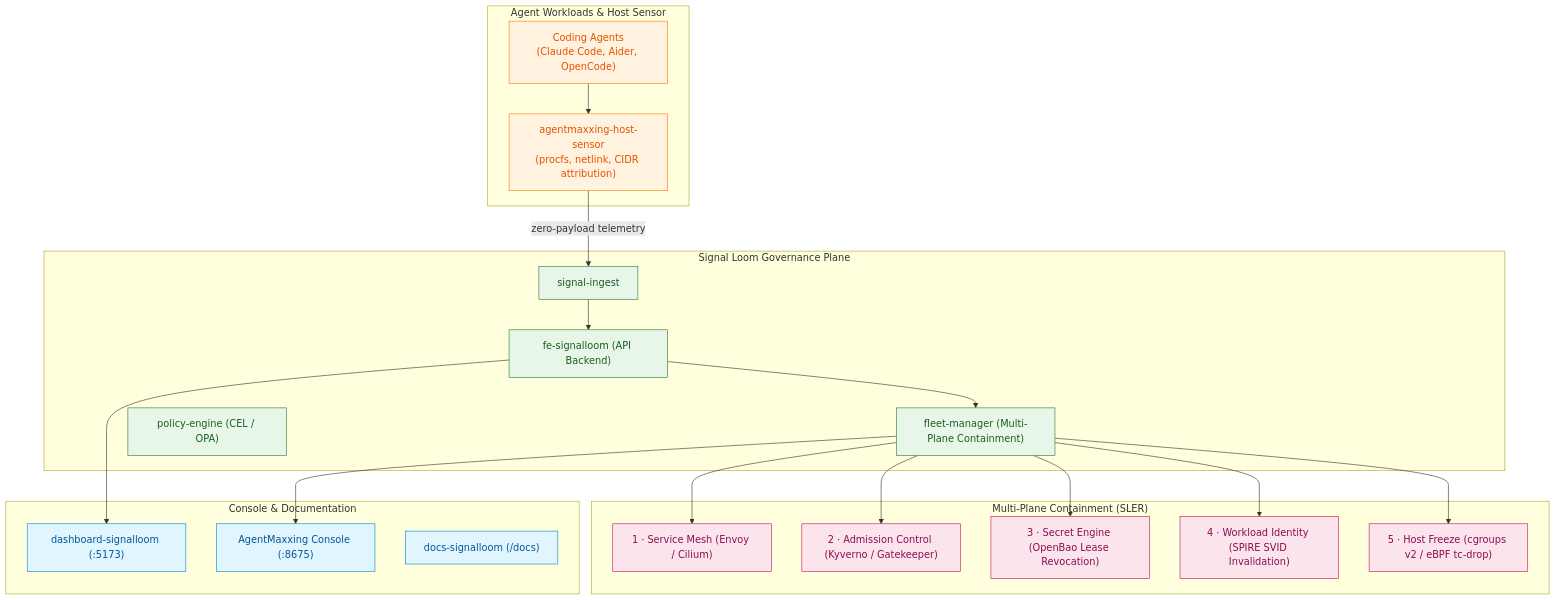
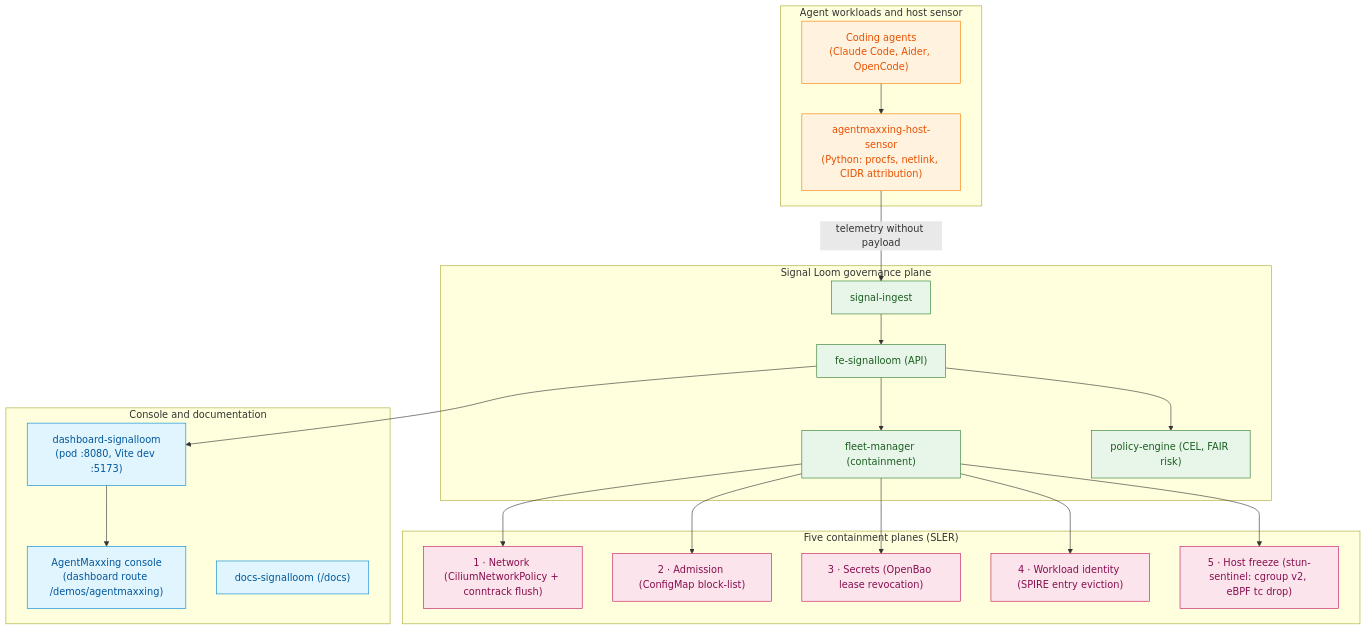
Before and after one commit to sublimino/architecture-as-code: the second of 2 diagrams in README.md, drawn with Mermaid. The commit also changed other lines of this file and 3 other files, not shown here.

````diff
--- a/README.md
+++ b/README.md
@@ -108,49 +119,50 @@
 ```mermaid
 flowchart TB
-  subgraph AGENTS["Agent Workloads & Host Sensor"]
-    CLAUDE["Coding Agents<br/>(Claude Code, Aider, OpenCode)"]
-    SENSOR["agentmaxxing-host-sensor<br/>(procfs, netlink, CIDR attribution)"]
-    CLAUDE --> SENSOR
+  subgraph AGENTS["Agent workloads and host sensor"]
+    CODING["Coding agents<br/>(Claude Code, Aider, OpenCode)"]
+    SENSOR["agentmaxxing-host-sensor<br/>(Python: procfs, netlink, CIDR attribution)"]
+    CODING --> SENSOR
   end
 
-  subgraph CONTROL["Signal Loom Governance Plane"]
-    API["fe-signalloom (API Backend)"]
-    FM["fleet-manager (Multi-Plane Containment)"]
-    PE["policy-engine (CEL / OPA)"]
+  subgraph CONTROL["Signal Loom governance plane"]
+    API["fe-signalloom (API)"]
+    FM["fleet-manager (containment)"]
+    PE["policy-engine (CEL, FAIR risk)"]
     INGEST["signal-ingest"]
-    SENSOR -- "zero-payload telemetry" --> INGEST
+    SENSOR -- "telemetry without payload" --> INGEST
     INGEST --> API
     API --> FM
+    API --> PE
   end
 
-  subgraph PLANES["Multi-Plane Containment (SLER)"]
-    P_MESH["1 · Service Mesh (Envoy / Cilium)"]
-    P_ADM["2 · Admission Control (Kyverno / Gatekeeper)"]
-    P_BAO["3 · Secret Engine (OpenBao Lease Revocation)"]
-    P_SPIRE["4 · Workload Identity (SPIRE SVID Invalidation)"]
-    P_FREEZE["5 · Host Freeze (cgroups v2 / eBPF tc-drop)"]
+  subgraph PLANES["Five containment planes (SLER)"]
+    P_MESH["1 · Network (CiliumNetworkPolicy + conntrack flush)"]
+    P_ADM["2 · Admission (ConfigMap block-list)"]
+    P_BAO["3 · Secrets (OpenBao lease revocation)"]
+    P_SPIRE["4 · Workload identity (SPIRE entry eviction)"]
+    P_FREEZE["5 · Host freeze (stun-sentinel: cgroup v2, eBPF tc drop)"]
     FM --> P_MESH
     FM --> P_ADM
     FM --> P_BAO
     FM --> P_SPIRE
     FM --> P_FREEZE
   end
 
-  subgraph UI["Console & Documentation"]
-    DASH["dashboard-signalloom (:5173)"]
-    AMXD["AgentMaxxing Console (:8675)"]
+  subgraph UI["Console and documentation"]
+    DASH["dashboard-signalloom<br/>(pod :8080, Vite dev :5173)"]
+    AMXD["AgentMaxxing console<br/>(dashboard route /demos/agentmaxxing)"]
     DOCS["docs-signalloom (/docs)"]
   end
 
   API --> DASH
-  FM --> AMXD
+  DASH --> AMXD
 
   classDef agent fill:#fff3e0,stroke:#f57c00,color:#e65100;
   classDef ctrl fill:#e8f5e9,stroke:#2e7d32,color:#1b5e20;
   classDef plane fill:#fce4ec,stroke:#c2185b,color:#880e4f;
   classDef ui fill:#e1f5fe,stroke:#0288d1,color:#01579b;
-  class CLAUDE,SENSOR agent;
+  class CODING,SENSOR agent;
   class API,FM,PE,INGEST ctrl;
   class P_MESH,P_ADM,P_BAO,P_SPIRE,P_FREEZE plane;
   class DASH,AMXD,DOCS ui;
 ```
````
